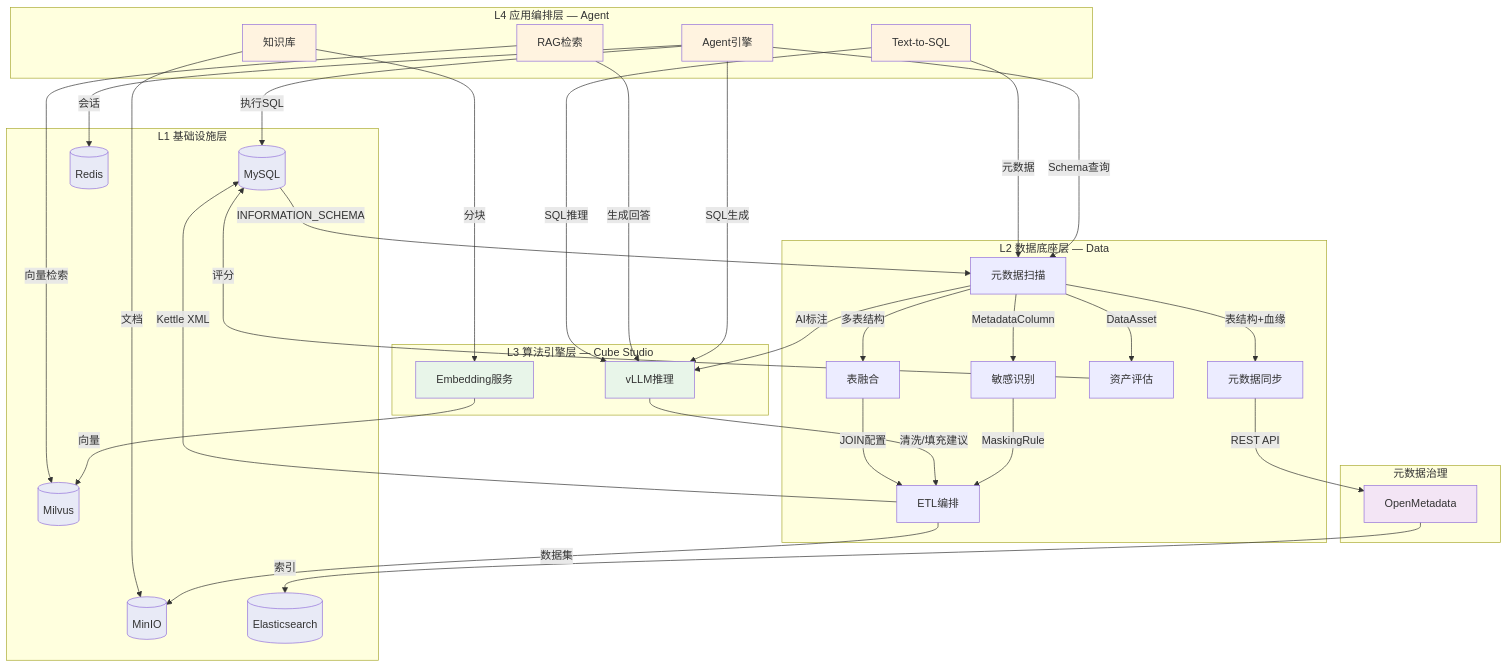
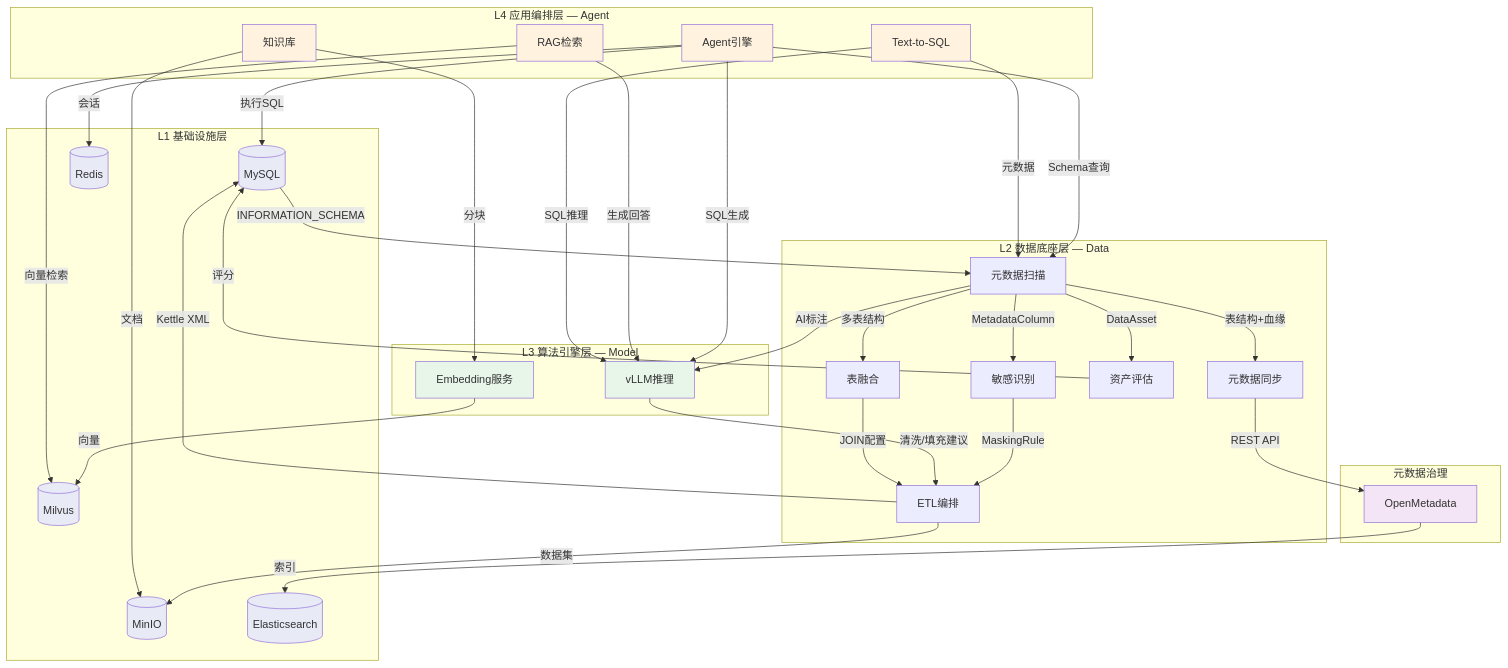
The fourth of 4 diagrams in docs/02-integration/sequence-diagrams.md (iannil/one-data-studio), drawn with Mermaid before and after one commit. The commit also changed other lines of this file and 109 other files, not shown here.

````diff
--- a/docs/02-integration/sequence-diagrams.md
+++ b/docs/02-integration/sequence-diagrams.md
@@ -493,76 +493,76 @@
 ```mermaid
 graph TB
     subgraph "L1 基础设施层"
         MySQL[(MySQL)]
         MinIO[(MinIO)]
         Milvus[(Milvus)]
         ES[(Elasticsearch)]
         Redis[(Redis)]
     end
 
     subgraph "元数据治理"
         OM[OpenMetadata]
     end
 
     subgraph "L2 数据底座层 — Data"
         Scan[元数据扫描]
         Sens[敏感识别]
         ETL[ETL编排]
         Sync[元数据同步]
         Asset[资产评估]
         Fusion[表融合]
     end
 
-    subgraph "L3 算法引擎层 — Cube Studio"
+    subgraph "L3 算法引擎层 — Model"
         vLLM[vLLM推理]
         Embed[Embedding服务]
     end
 
     subgraph "L4 应用编排层 — Agent"
         Agent[Agent引擎]
         RAG[RAG检索]
         T2S[Text-to-SQL]
         KB[知识库]
     end
 
     MySQL -->|INFORMATION_SCHEMA| Scan
     Scan -->|AI标注| vLLM
     Scan -->|MetadataColumn| Sens
     Sens -->|MaskingRule| ETL
     vLLM -->|清洗/填充建议| ETL
     ETL -->|Kettle XML| MySQL
     ETL -->|数据集| MinIO
     Scan -->|表结构+血缘| Sync
     Sync -->|REST API| OM
     OM -->|索引| ES
     Scan -->|DataAsset| Asset
     Asset -->|评分| MySQL
     Scan -->|多表结构| Fusion
     Fusion -->|JOIN配置| ETL
 
     KB -->|文档| MinIO
     KB -->|分块| Embed
     Embed -->|向量| Milvus
 
     Agent -->|Schema查询| Scan
     Agent -->|SQL生成| vLLM
     Agent -->|执行SQL| MySQL
     RAG -->|向量检索| Milvus
     RAG -->|生成回答| vLLM
     T2S -->|元数据| Scan
     T2S -->|SQL推理| vLLM
     Agent -->|会话| Redis
 
     style MySQL fill:#e8eaf6
     style MinIO fill:#e8eaf6
     style Milvus fill:#e8eaf6
     style ES fill:#e8eaf6
     style Redis fill:#e8eaf6
     style OM fill:#f3e5f5
     style vLLM fill:#e8f5e9
     style Embed fill:#e8f5e9
     style Agent fill:#fff3e0
     style RAG fill:#fff3e0
     style T2S fill:#fff3e0
     style KB fill:#fff3e0
 ```
````
